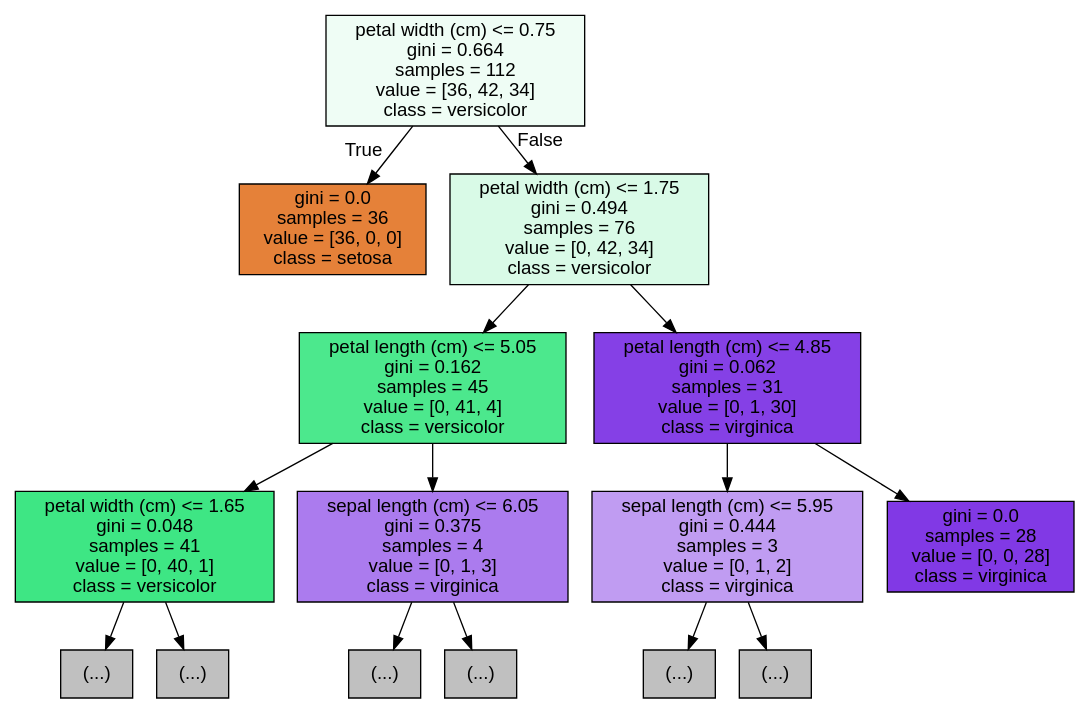
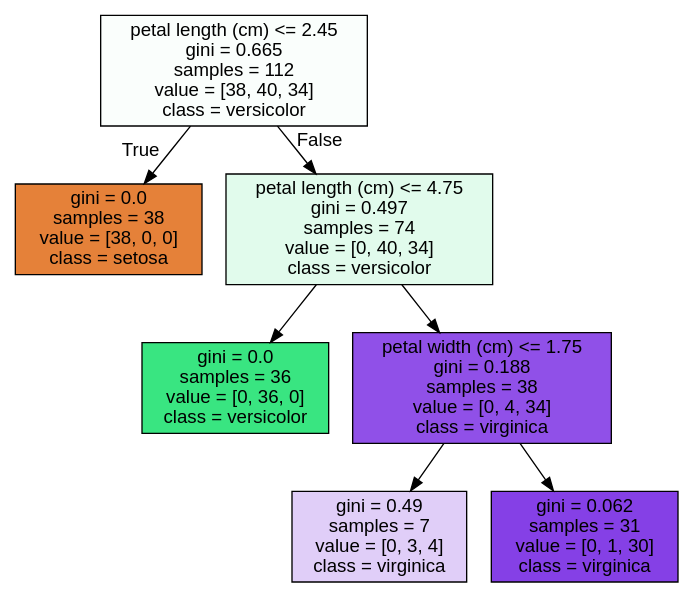
Before and after one commit to SCUTUM98/MachineLearning_Class: the diagram in max_depth.dot, drawn with Graphviz.

Commit message:
max_depth tree

```diff
--- a/max_depth.dot
+++ b/max_depth.dot
@@ -1,33 +1,17 @@
 digraph Tree {
 node [shape=box, style="filled", color="black", fontname="helvetica"] ;
 edge [fontname="helvetica"] ;
-0 [label="petal width (cm) <= 0.75\ngini = 0.664\nsamples = 112\nvalue = [36, 42, 34]\nclass = versicolor", fillcolor="#effdf5"] ;
-1 [label="gini = 0.0\nsamples = 36\nvalue = [36, 0, 0]\nclass = setosa", fillcolor="#e58139"] ;
+0 [label="petal length (cm) <= 2.45\ngini = 0.665\nsamples = 112\nvalue = [38, 40, 34]\nclass = versicolor", fillcolor="#fafefc"] ;
+1 [label="gini = 0.0\nsamples = 38\nvalue = [38, 0, 0]\nclass = setosa", fillcolor="#e58139"] ;
 0 -> 1 [labeldistance=2.5, labelangle=45, headlabel="True"] ;
-2 [label="petal width (cm) <= 1.75\ngini = 0.494\nsamples = 76\nvalue = [0, 42, 34]\nclass = versicolor", fillcolor="#d9fae7"] ;
+2 [label="petal length (cm) <= 4.75\ngini = 0.497\nsamples = 74\nvalue = [0, 40, 34]\nclass = versicolor", fillcolor="#e1fbec"] ;
 0 -> 2 [labeldistance=2.5, labelangle=-45, headlabel="False"] ;
-3 [label="petal length (cm) <= 5.05\ngini = 0.162\nsamples = 45\nvalue = [0, 41, 4]\nclass = versicolor", fillcolor="#4ce88d"] ;
+3 [label="gini = 0.0\nsamples = 36\nvalue = [0, 36, 0]\nclass = versicolor", fillcolor="#39e581"] ;
 2 -> 3 ;
-4 [label="petal width (cm) <= 1.65\ngini = 0.048\nsamples = 41\nvalue = [0, 40, 1]\nclass = versicolor", fillcolor="#3ee684"] ;
-3 -> 4 ;
-5 [label="(...)", fillcolor="#C0C0C0"] ;
+4 [label="petal width (cm) <= 1.75\ngini = 0.188\nsamples = 38\nvalue = [0, 4, 34]\nclass = virginica", fillcolor="#9050e8"] ;
+2 -> 4 ;
+5 [label="gini = 0.49\nsamples = 7\nvalue = [0, 3, 4]\nclass = virginica", fillcolor="#e0cef8"] ;
 4 -> 5 ;
-6 [label="(...)", fillcolor="#C0C0C0"] ;
+6 [label="gini = 0.062\nsamples = 31\nvalue = [0, 1, 30]\nclass = virginica", fillcolor="#8540e6"] ;
 4 -> 6 ;
-9 [label="sepal length (cm) <= 6.05\ngini = 0.375\nsamples = 4\nvalue = [0, 1, 3]\nclass = virginica", fillcolor="#ab7bee"] ;
-3 -> 9 ;
-10 [label="(...)", fillcolor="#C0C0C0"] ;
-9 -> 10 ;
-11 [label="(...)", fillcolor="#C0C0C0"] ;
-9 -> 11 ;
-12 [label="petal length (cm) <= 4.85\ngini = 0.062\nsamples = 31\nvalue = [0, 1, 30]\nclass = virginica", fillcolor="#8540e6"] ;
-2 -> 12 ;
-13 [label="sepal length (cm) <= 5.95\ngini = 0.444\nsamples = 3\nvalue = [0, 1, 2]\nclass = virginica", fillcolor="#c09cf2"] ;
-12 -> 13 ;
-14 [label="(...)", fillcolor="#C0C0C0"] ;
-13 -> 14 ;
-15 [label="(...)", fillcolor="#C0C0C0"] ;
-13 -> 15 ;
-16 [label="gini = 0.0\nsamples = 28\nvalue = [0, 0, 28]\nclass = virginica", fillcolor="#8139e5"] ;
-12 -> 16 ;
 }
```
